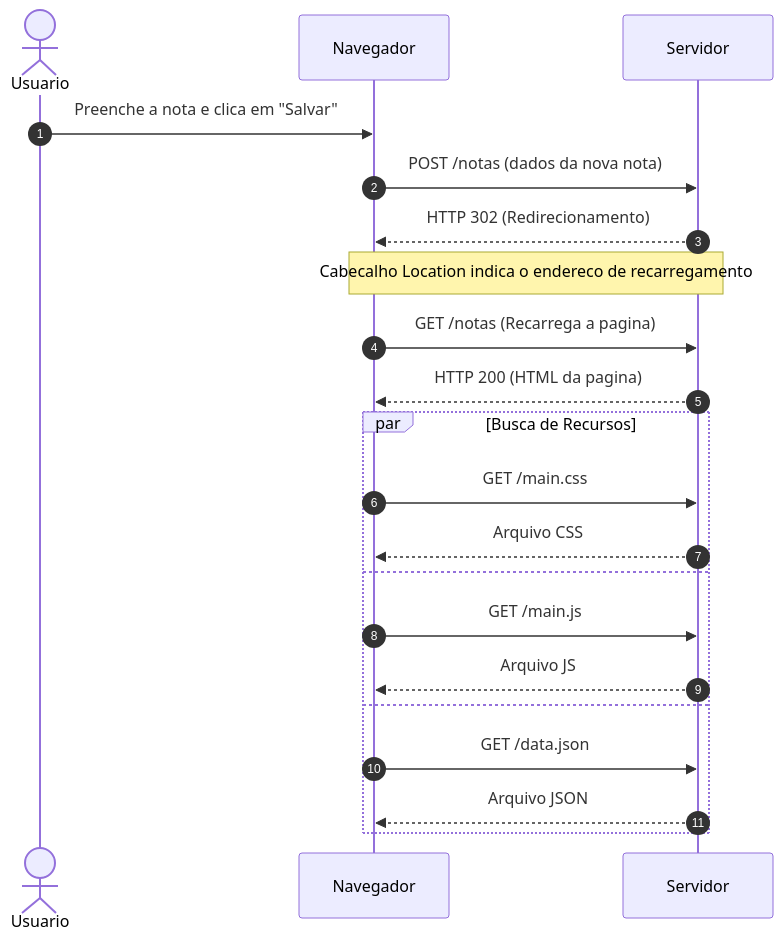
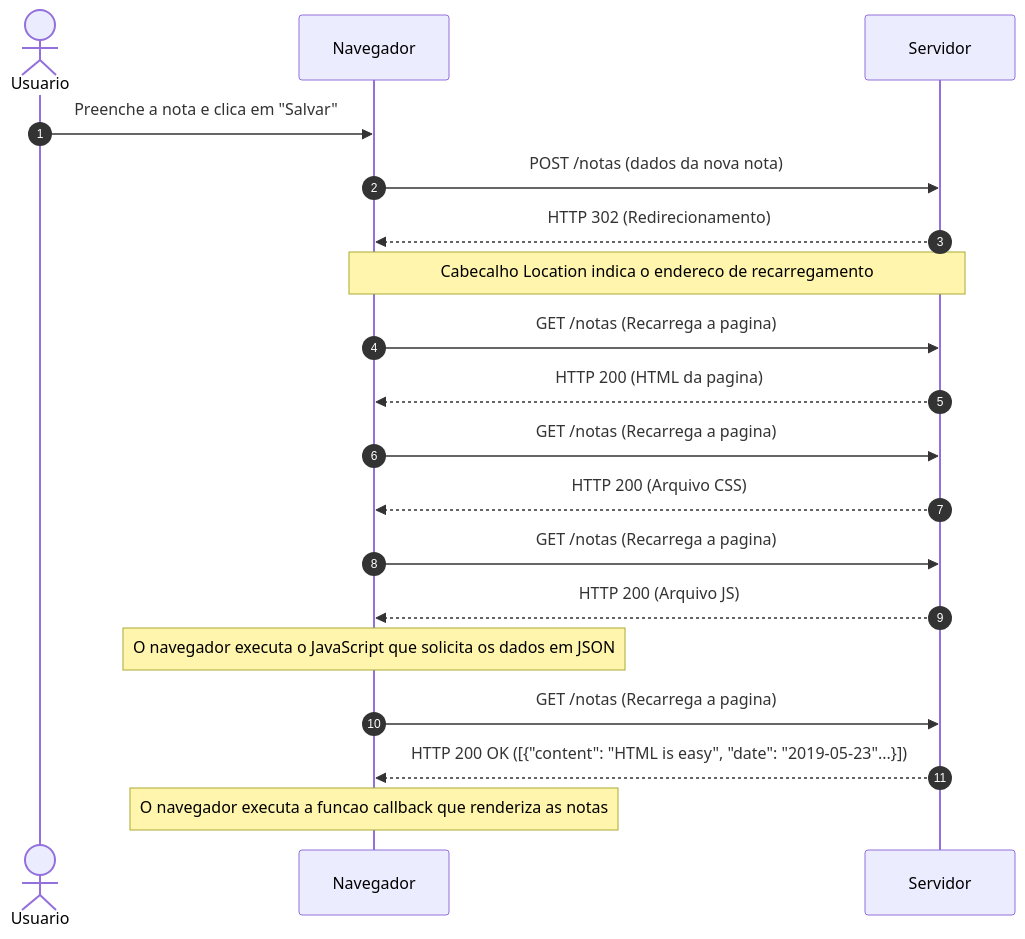
Before and after one commit to AdemirNetoDev/fullstack-open: the diagram in part0/ex04.md, drawn with Mermaid. The commit also changed 1 other file, not shown here.

Commit message:
Correcao Exs

````diff
--- a/part0/ex04.md
+++ b/part0/ex04.md
@@ -1,28 +1,30 @@
 ```mermaid
 sequenceDiagram
     autonumber
     actor U as Usuario  
     participant N as Navegador
     participant S as Servidor
 
 
     U->>N: Preenche a nota e clica em "Salvar"
     N->>S: POST /notas (dados da nova nota)
     S-->>N: HTTP 302 (Redirecionamento)
     Note over N,S: Cabecalho Location indica o endereco de recarregamento
 
     N->>S: GET /notas (Recarrega a pagina)
     S-->>N: HTTP 200 (HTML da pagina)
 
+    N->>S: GET /notas (Recarrega a pagina)
+    S-->>N: HTTP 200 (Arquivo CSS)
 
-    par Busca de Recursos
-        N->>S: GET /main.css
-        S-->>N: Arquivo CSS
-    and
-        N->>S: GET /main.js
-        S-->>N: Arquivo JS
-    and
-        N->>S: GET /data.json
-        S-->>N: Arquivo JSON
-    end
+    N->>S: GET /notas (Recarrega a pagina)
+    S-->>N: HTTP 200 (Arquivo JS)
+
+    Note over N: O navegador executa o JavaScript que solicita os dados em JSON
+
+    N->>S: GET /notas (Recarrega a pagina)
+    S-->>N: HTTP 200 OK ([{"content": "HTML is easy", "date": "2019-05-23"...}])
+
+    Note over N: O navegador executa a funcao callback que renderiza as notas
+
 ```
````
